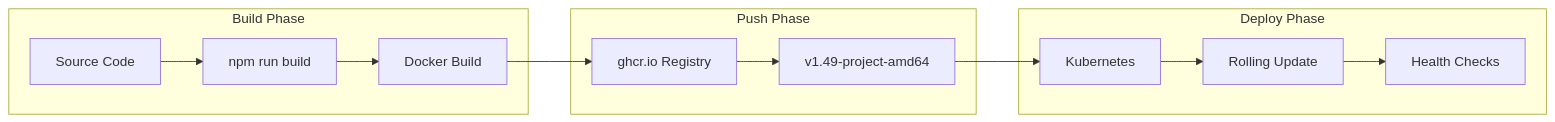
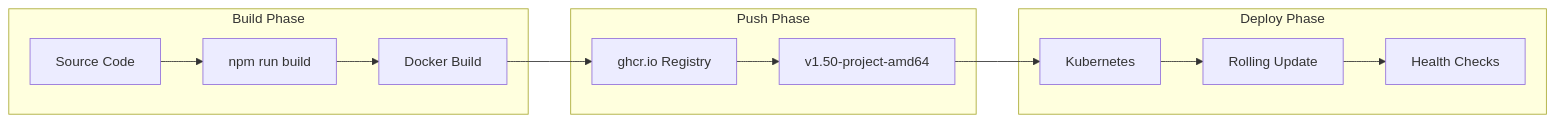
One commit to connectplatform/ring changed the eighth of 10 diagrams in README.md. Above: the diagram before and after it, drawn with Mermaid. The commit also changed other lines of this file and 224 other files, not shown here.

````diff
--- a/README.md
+++ b/README.md
@@ -813,27 +885,27 @@
 ```mermaid
 flowchart LR
     subgraph Build["Build Phase"]
         CODE[Source Code]
         NPM[npm run build]
         DOCKER[Docker Build]
     end
     
     subgraph Push["Push Phase"]
         GHCR[ghcr.io Registry]
-        TAG[v1.49-project-amd64]
+        TAG[v1.50-project-amd64]
     end
     
     subgraph Deploy["Deploy Phase"]
         K8S[Kubernetes]
         ROLL[Rolling Update]
         HEALTH[Health Checks]
     end
     
     CODE --> NPM
     NPM --> DOCKER
     DOCKER --> GHCR
     GHCR --> TAG
     TAG --> K8S
     K8S --> ROLL
     ROLL --> HEALTH
 ```
````
